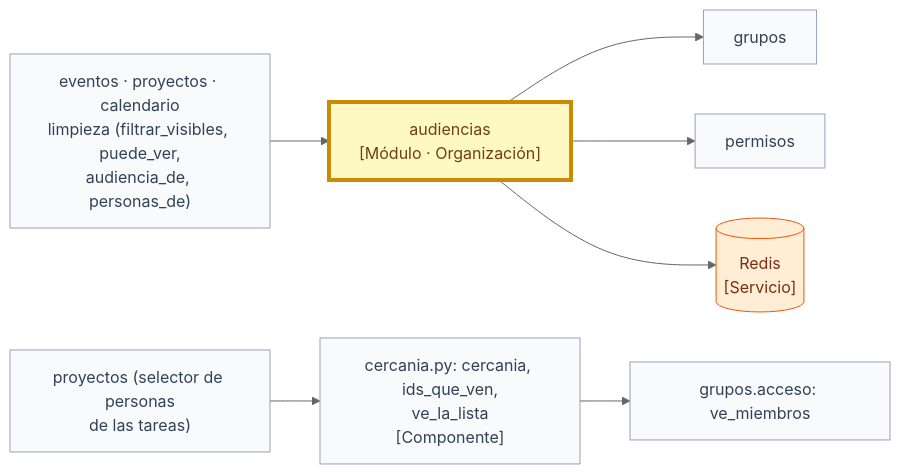
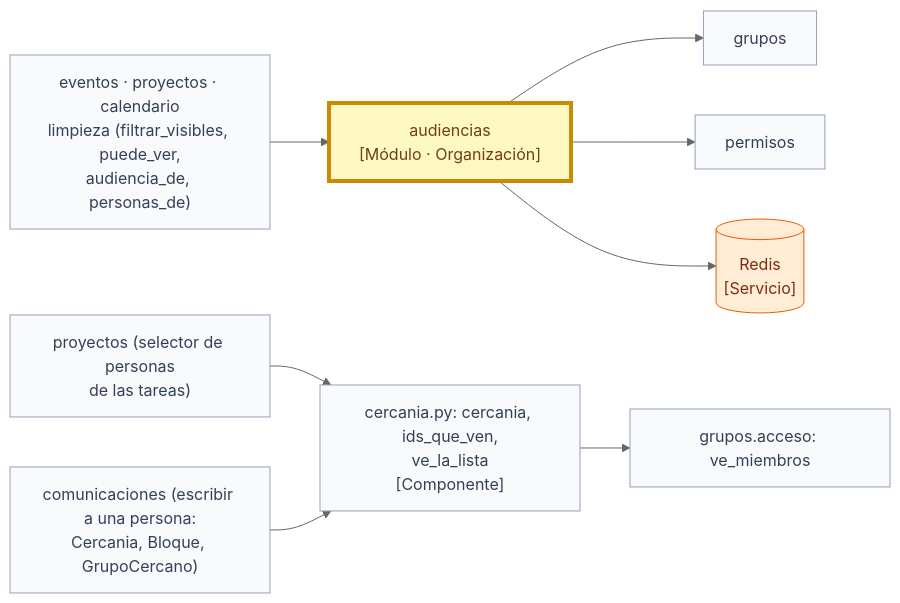
One commit to chemabc/groupy changed diagram 13 of 40 in docs/arquitectura.md. Above: the diagram before and after it, drawn with Mermaid (neutral theme). The commit also changed other lines of this file and 31 other files, not shown here.

First line of the commit message:
Conversaciones con grupos (una sala por grupo) y con personas (de dos en dos, con bloqueo)

````diff
--- a/docs/arquitectura.md
+++ b/docs/arquitectura.md
@@ -481,20 +481,22 @@
 ```mermaid
 flowchart LR
   classDef yo fill:#fef9c3,stroke:#ca8a04,stroke-width:4px,color:#713f12
   classDef otro fill:#f8fafc,stroke:#94a3b8,color:#334155
   classDef servicio fill:#ffedd5,stroke:#ea580c,color:#7c2d12
   aud["audiencias<br/>[Módulo · Organización]"]:::yo
   gru["grupos"]:::otro
   per["permisos"]:::otro
   redis[("Redis<br/>[Servicio]")]:::servicio
   usan["eventos · proyectos · calendario<br/>limpieza (filtrar_visibles, puede_ver,<br/>audiencia_de, personas_de)"]:::otro
   cerca["cercania.py: cercania, ids_que_ven,<br/>ve_la_lista<br/>[Componente]"]:::otro
   acceso["grupos.acceso: ve_miembros"]:::otro
   aud --> gru
   aud --> per
   aud --> redis
   usan --> aud
   cerca --> acceso
   pro2["proyectos (selector de personas<br/>de las tareas)"]:::otro
+  com2["comunicaciones (escribir a una persona:<br/>Cercania, Bloque, GrupoCercano)"]:::otro
   pro2 --> cerca
+  com2 --> cerca
 ```
````
